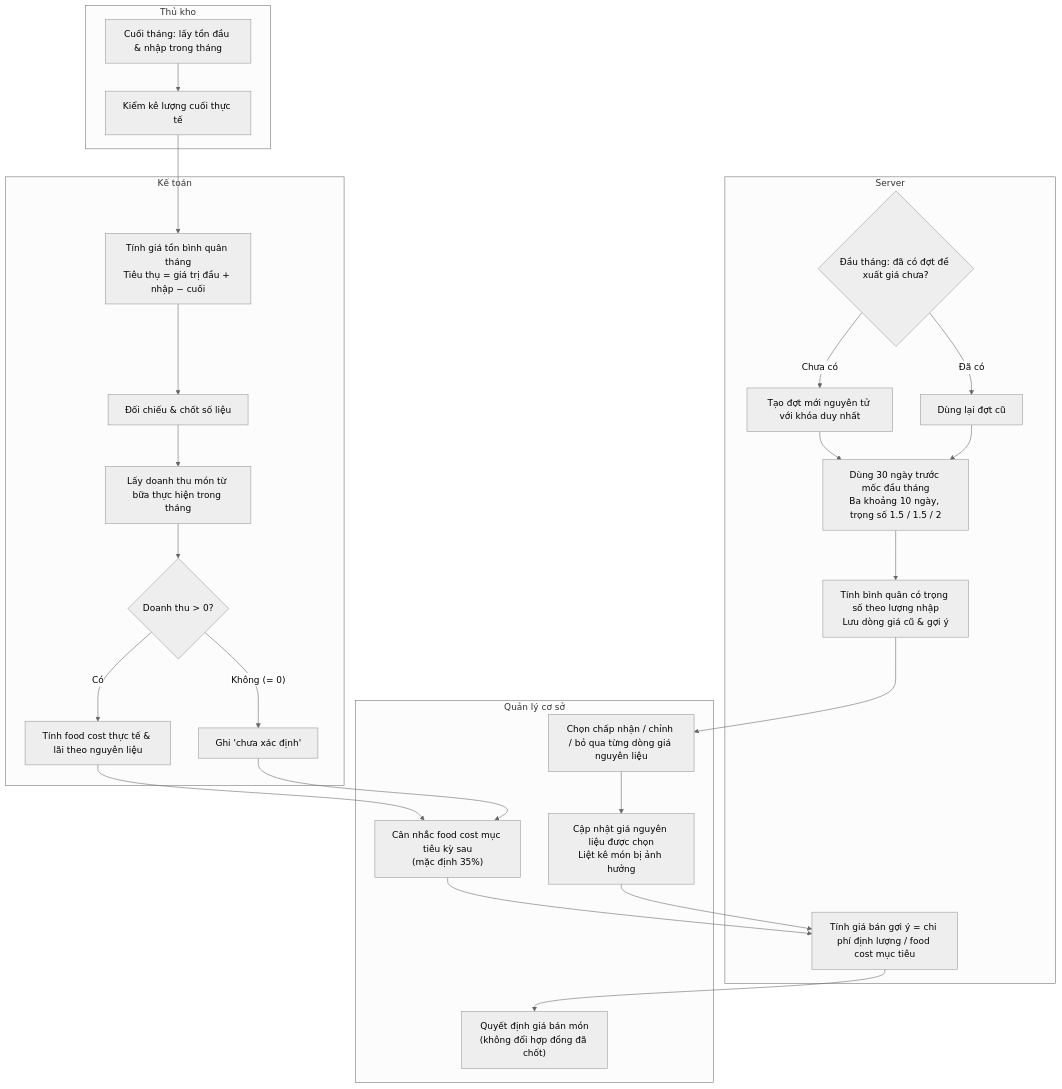
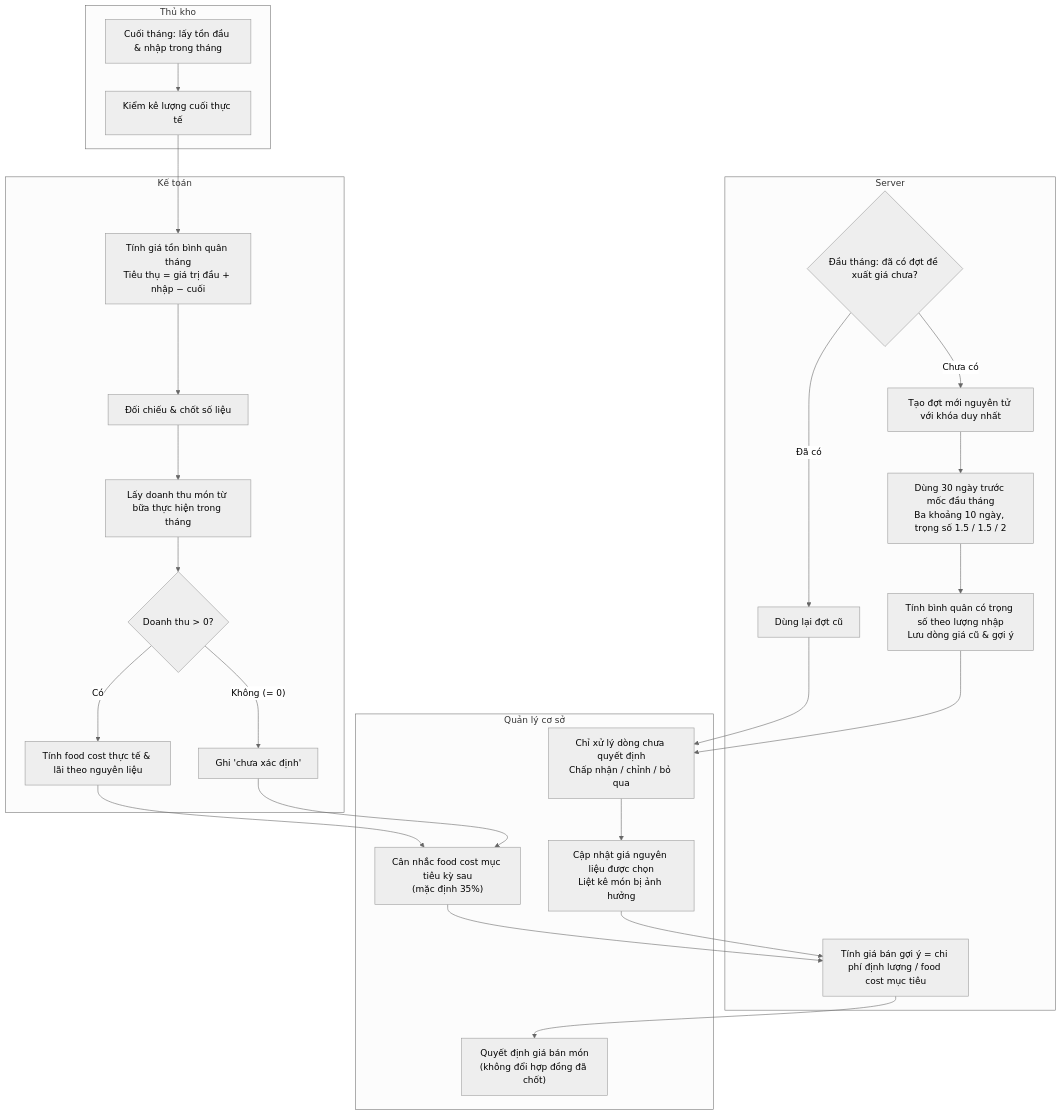
The diagram in docs/src/nghiep-vu/nguyen-lieu-va-dung-cu/kiem-ke-food-cost-va-gia.md (mastercookvn/mastercookvn), drawn with Mermaid (neutral theme) before and after one commit. The commit also changed 23 other files, not shown here.

````diff
--- a/docs/src/nghiep-vu/nguyen-lieu-va-dung-cu/kiem-ke-food-cost-va-gia.md
+++ b/docs/src/nghiep-vu/nguyen-lieu-va-dung-cu/kiem-ke-food-cost-va-gia.md
@@ -7,55 +7,55 @@
 ```mermaid
 flowchart TD
     subgraph ThuKho["Thủ kho"]
         TK1["Cuối tháng: lấy tồn đầu & nhập trong tháng"]
         TK2["Kiểm kê lượng cuối thực tế"]
     end
 
     subgraph KeToan["Kế toán"]
         KT1["Tính giá tồn bình quân tháng\nTiêu thụ = giá trị đầu + nhập − cuối"]
         KT2["Đối chiếu & chốt số liệu"]
         KT3["Lấy doanh thu món từ bữa thực hiện trong tháng"]
         KT4{"Doanh thu > 0?"}
         KT5["Tính food cost thực tế & lãi theo nguyên liệu"]
         KT6["Ghi 'chưa xác định'"]
     end
 
     subgraph Server["Server"]
         SV1{"Đầu tháng: đã có đợt đề xuất giá chưa?"}
         SV2["Dùng lại đợt cũ"]
         SV3["Tạo đợt mới nguyên tử với khóa duy nhất"]
         SV4["Dùng 30 ngày trước mốc đầu tháng\nBa khoảng 10 ngày, trọng số 1.5 / 1.5 / 2"]
         SV5["Tính bình quân có trọng số theo lượng nhập\nLưu dòng giá cũ & gợi ý"]
         SV6["Tính giá bán gợi ý = chi phí định lượng / food cost mục tiêu"]
     end
 
     subgraph QuanLy["Quản lý cơ sở"]
         QL1["Cân nhắc food cost mục tiêu kỳ sau\n(mặc định 35%)"]
-        QL2["Chọn chấp nhận / chỉnh / bỏ qua từng dòng giá nguyên liệu"]
+        QL2["Chỉ xử lý dòng chưa quyết định\nChấp nhận / chỉnh / bỏ qua"]
         QL3["Cập nhật giá nguyên liệu được chọn\nLiệt kê món bị ảnh hưởng"]
         QL4["Quyết định giá bán món\n(không đổi hợp đồng đã chốt)"]
     end
 
     %% Nhánh 1: Định giá tồn & food cost
     TK1 --> TK2
     TK2 --> KT1
     KT1 --> KT2
     KT2 --> KT3
     KT3 --> KT4
     KT4 -- "Có" --> KT5
     KT4 -- "Không (= 0)" --> KT6
     KT5 --> QL1
     KT6 --> QL1
 
     %% Nhánh 2: Đề xuất giá từ lịch sử mua
     SV1 -- "Đã có" --> SV2
     SV1 -- "Chưa có" --> SV3
     SV3 --> SV4
-    SV2 --> SV4
+    SV2 --> QL2
     SV4 --> SV5
     SV5 --> QL2
     QL2 --> QL3
     QL1 --> SV6
     QL3 --> SV6
     SV6 --> QL4
 ```
````
